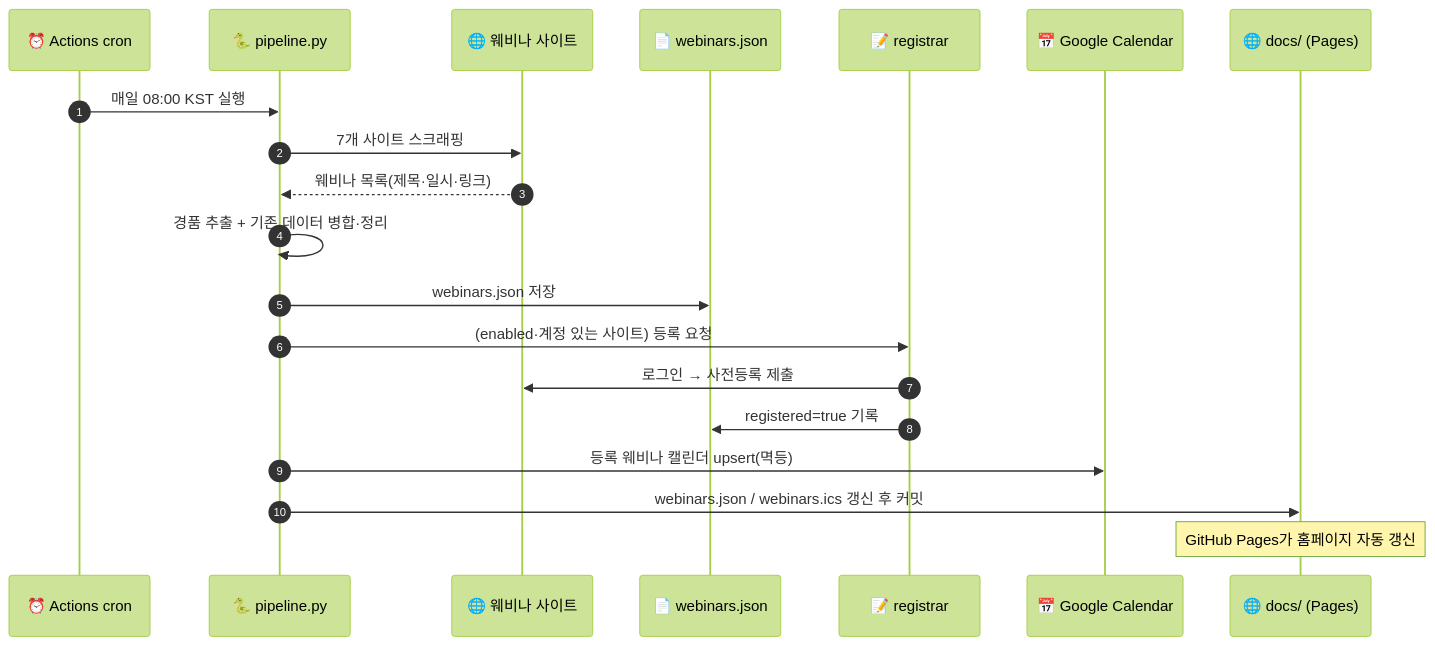
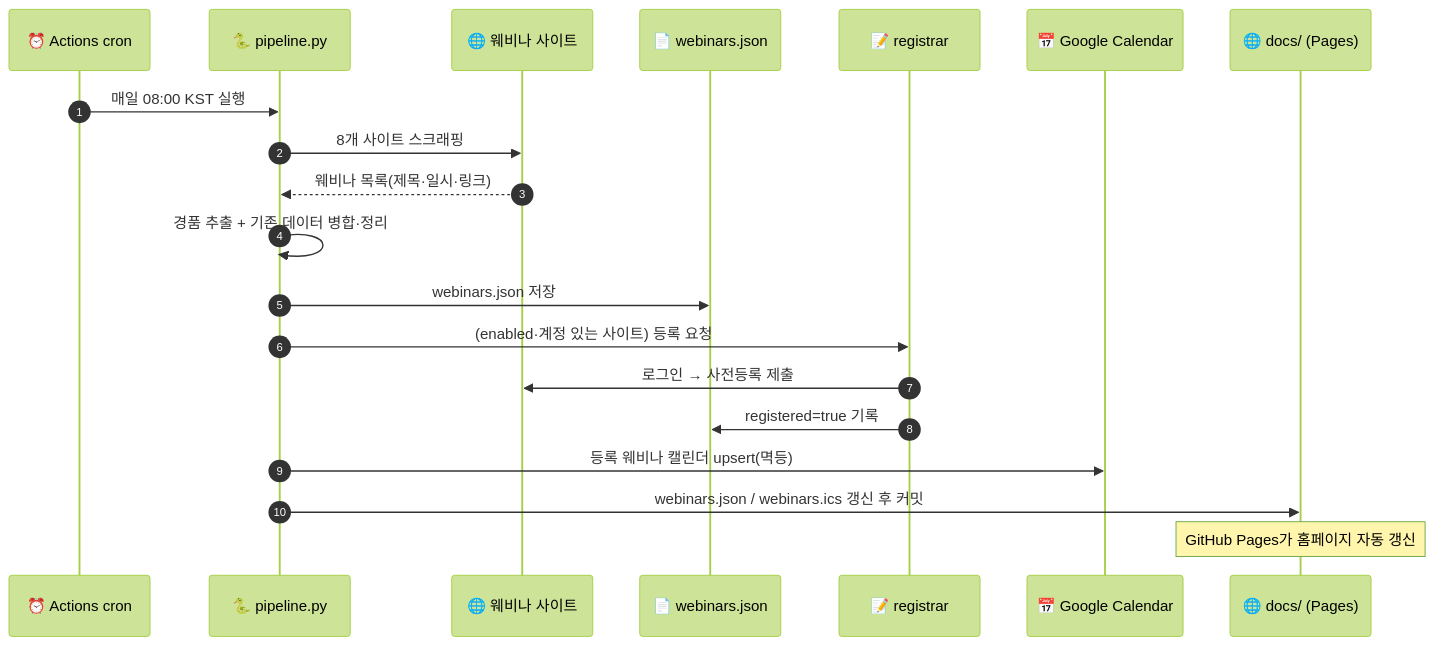
The second of 2 diagrams in README.md (leemgs/webinar), drawn with Mermaid (forest theme) before and after one commit. The commit also changed other lines of this file and 12 other files, not shown here.

````diff
--- a/README.md
+++ b/README.md
@@ -91,23 +94,23 @@
 ```mermaid
 sequenceDiagram
     autonumber
     participant CR as ⏰ Actions cron
     participant PP as 🐍 pipeline.py
     participant ST as 🌐 웨비나 사이트
     participant DB as 📄 webinars.json
     participant RG as 📝 registrar
     participant GC as 📅 Google Calendar
     participant PG as 🌐 docs/ (Pages)
 
     CR->>PP: 매일 08:00 KST 실행
-    PP->>ST: 7개 사이트 스크래핑
+    PP->>ST: 8개 사이트 스크래핑
     ST-->>PP: 웨비나 목록(제목·일시·링크)
     PP->>PP: 경품 추출 + 기존 데이터 병합·정리
     PP->>DB: webinars.json 저장
     PP->>RG: (enabled·계정 있는 사이트) 등록 요청
     RG->>ST: 로그인 → 사전등록 제출
     RG->>DB: registered=true 기록
     PP->>GC: 등록 웨비나 캘린더 upsert(멱등)
     PP->>PG: webinars.json / webinars.ics 갱신 후 커밋
     Note over PG: GitHub Pages가 홈페이지 자동 갱신
 ```
````
